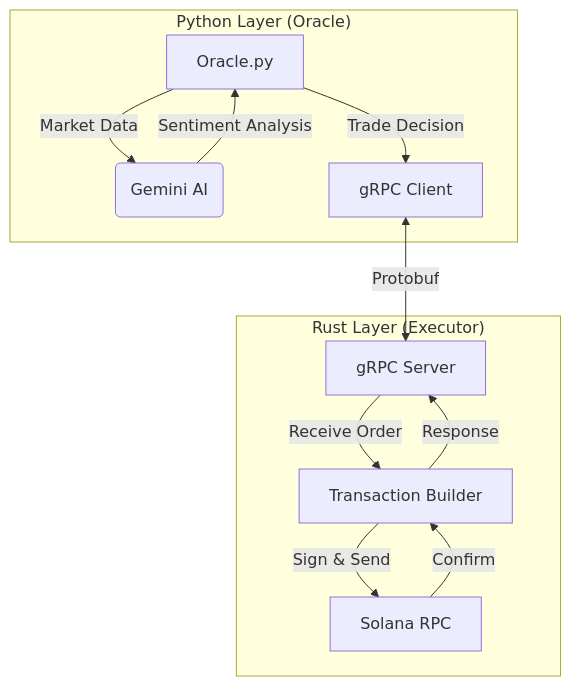
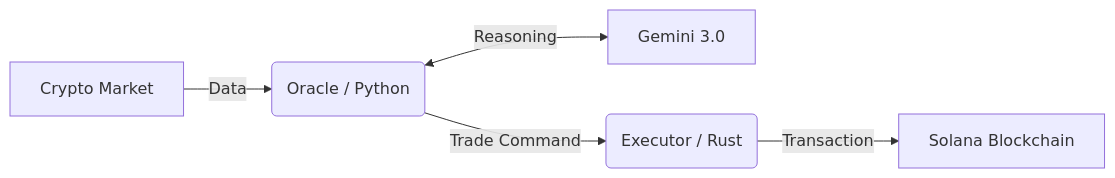
One commit to naki0227/sovereign-executor changed the diagram in README.md. Above: the diagram before and after it, drawn with Mermaid. The commit also changed other lines of this file and 1 other file, not shown here.

Commit message:
docs: significantly improved README with vision and Gemini 3.0 branding

````diff
--- a/README.md
+++ b/README.md
@@ -26,17 +42,7 @@
 ```mermaid
-graph TD
-    subgraph "Python Layer (Oracle)"
-        A[Oracle.py] -->|Market Data| B(Gemini AI)
-        B -->|Sentiment Analysis| A
-        A -->|Trade Decision| C[gRPC Client]
-    end
-    
-    subgraph "Rust Layer (Executor)"
-        D[gRPC Server] -->|Receive Order| E[Transaction Builder]
-        E -->|Sign & Send| F[Solana RPC]
-    end
-    
-    C <-->|Protobuf| D
-    F -->|Confirm| E
-    E -->|Response| D
+graph LR
+    Market[Crypto Market] -->|Data| Oracle(Oracle / Python)
+    Oracle <-->|Reasoning| AI[Gemini 3.0]
+    Oracle -->|Trade Command| Executor(Executor / Rust)
+    Executor -->|Transaction| Solana[Solana Blockchain]
 ```
````
